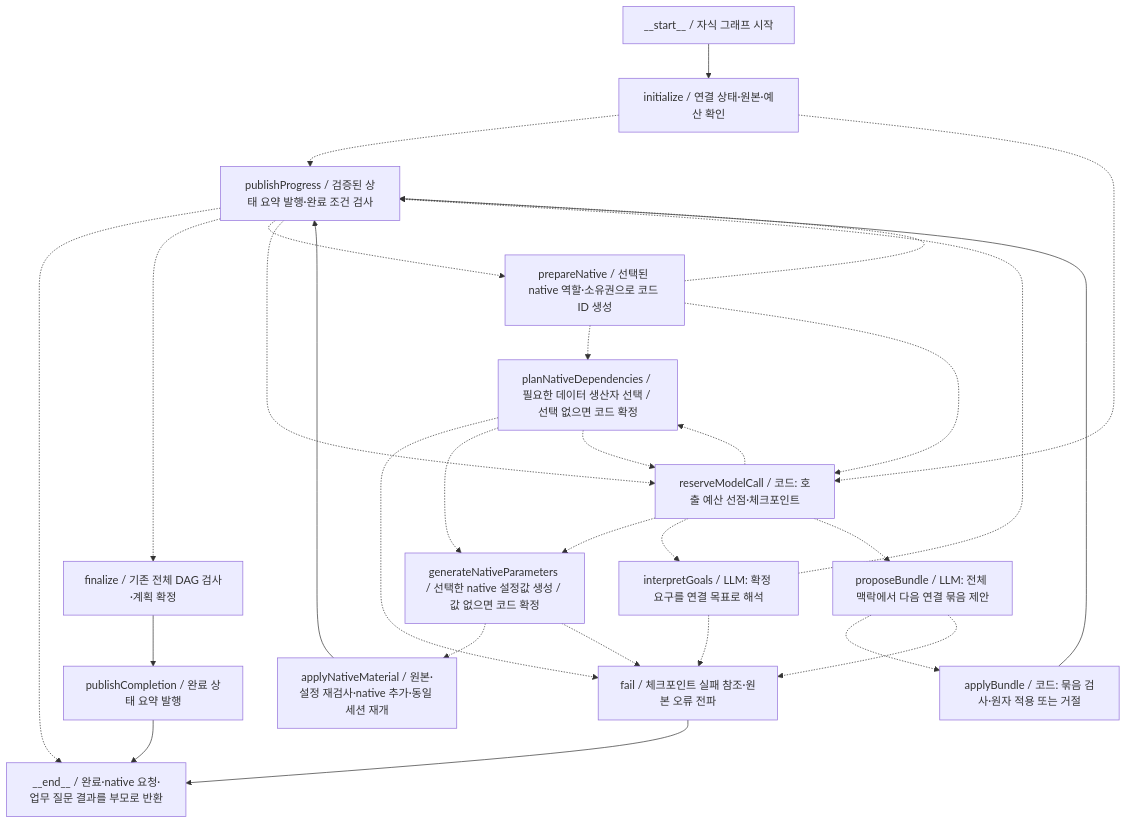
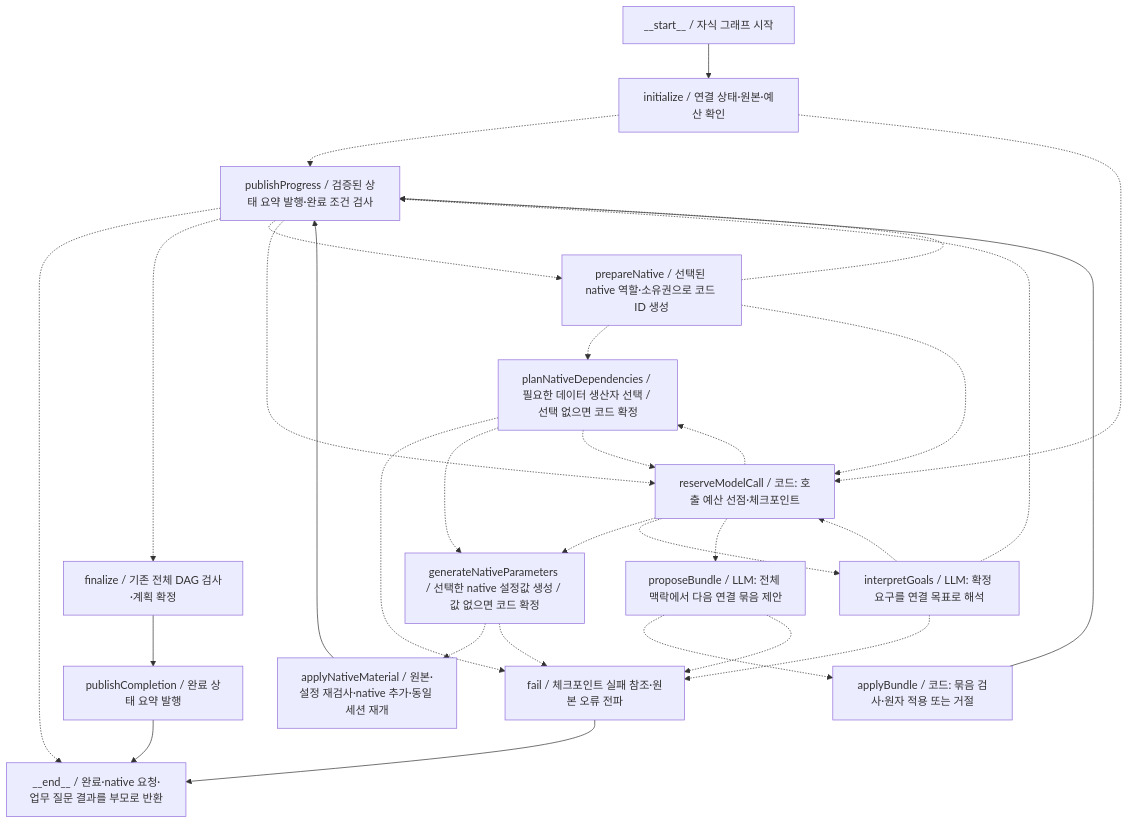
Before and after one commit to carefreelife98/openapi-flow: the third of 3 diagrams in docs/current-conversation-graph.md, drawn with Mermaid. The commit also changed other lines of this file and 35 other files, not shown here.

````diff
--- a/docs/current-conversation-graph.md
+++ b/docs/current-conversation-graph.md
@@ -156,46 +158,47 @@
 ```mermaid
 flowchart TD
   incremental0["__end__ / 완료·native 요청·업무 질문 결과를 부모로 반환"]
   incremental1["__start__ / 자식 그래프 시작"]
   incremental2["applyBundle / 코드: 묶음 검사·원자 적용 또는 거절"]
   incremental3["applyNativeMaterial / 원본·설정 재검사·native 추가·동일 세션 재개"]
   incremental4["fail / 체크포인트 실패 참조·원본 오류 전파"]
   incremental5["finalize / 기존 전체 DAG 검사·계획 확정"]
   incremental6["generateNativeParameters / 선택한 native 설정값 생성 / 값 없으면 코드 확정"]
   incremental7["initialize / 연결 상태·원본·예산 확인"]
   incremental8["interpretGoals / LLM: 확정 요구를 연결 목표로 해석"]
   incremental9["planNativeDependencies / 필요한 데이터 생산자 선택 / 선택 없으면 코드 확정"]
   incremental10["prepareNative / 선택된 native 역할·소유권으로 코드 ID 생성"]
   incremental11["proposeBundle / LLM: 전체 맥락에서 다음 연결 묶음 제안"]
   incremental12["publishCompletion / 완료 상태 요약 발행"]
   incremental13["publishProgress / 검증된 상태 요약 발행·완료 조건 검사"]
   incremental14["reserveModelCall / 코드: 호출 예산 선점·체크포인트"]
   incremental1 --> incremental7
   incremental2 --> incremental13
   incremental3 --> incremental13
   incremental4 --> incremental0
   incremental5 --> incremental12
   incremental6 -.-> incremental3
   incremental6 -.-> incremental4
   incremental7 -.-> incremental13
   incremental7 -.-> incremental14
   incremental8 -.-> incremental4
   incremental8 -.-> incremental13
+  incremental8 -.-> incremental14
   incremental9 -.-> incremental4
   incremental9 -.-> incremental6
   incremental9 -.-> incremental14
   incremental10 -.-> incremental9
   incremental10 -.-> incremental13
   incremental10 -.-> incremental14
   incremental11 -.-> incremental2
   incremental11 -.-> incremental4
   incremental12 --> incremental0
   incremental13 -.-> incremental0
   incremental13 -.-> incremental5
   incremental13 -.-> incremental10
   incremental13 -.-> incremental14
   incremental14 -.-> incremental6
   incremental14 -.-> incremental8
   incremental14 -.-> incremental9
   incremental14 -.-> incremental11
 ```
````
